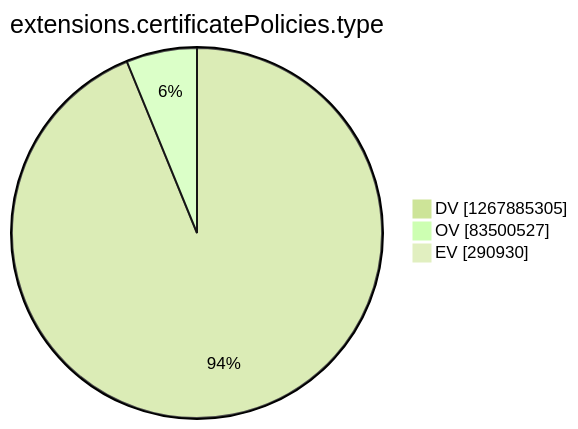
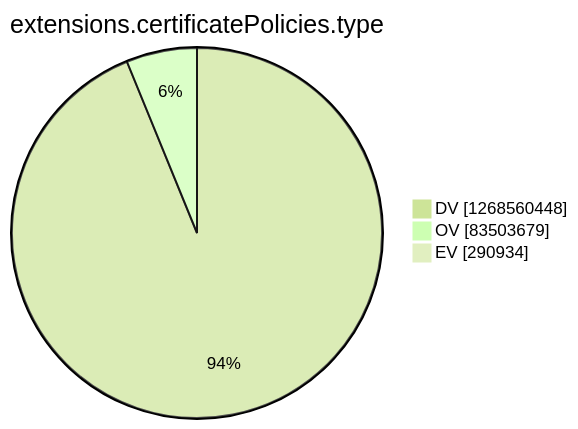
One commit to christiankrug/ctmonitor_visualization changed the tenth of 15 diagrams in argon2022/README.md. Above: the diagram before and after it, drawn with Mermaid (forest theme). The commit also changed other lines of this file, not shown here.

````diff
--- a/argon2022/README.md
+++ b/argon2022/README.md
@@ -2771,7 +2771,7 @@
 ```mermaid
 pie showData
 title extensions.certificatePolicies.type
-"DV" :1267885305
-"OV" :83500527
-"EV" :290930
+"DV" :1268560448
+"OV" :83503679
+"EV" :290934
 ```
````
